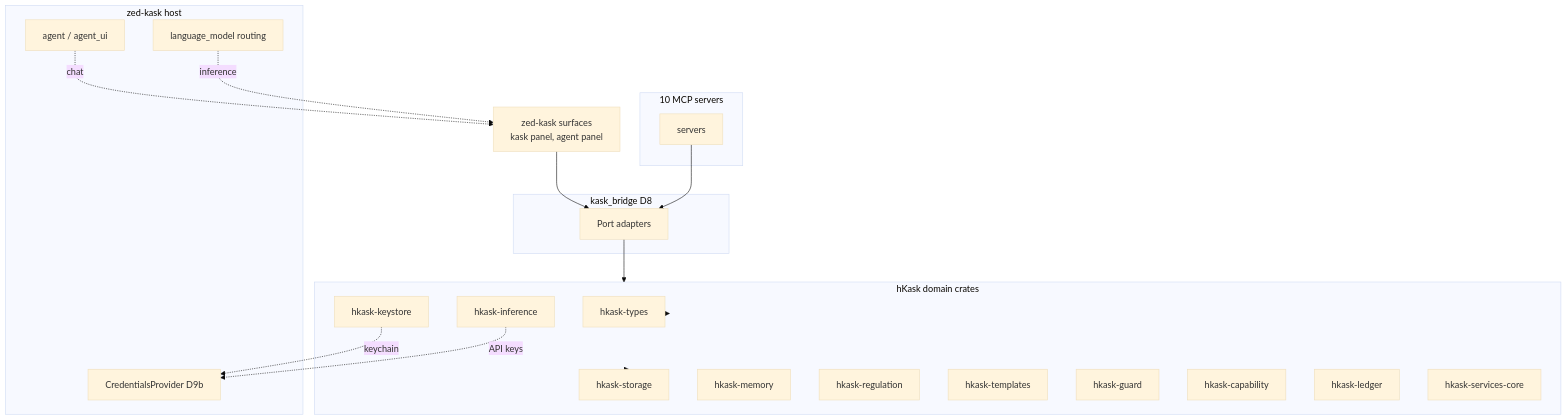
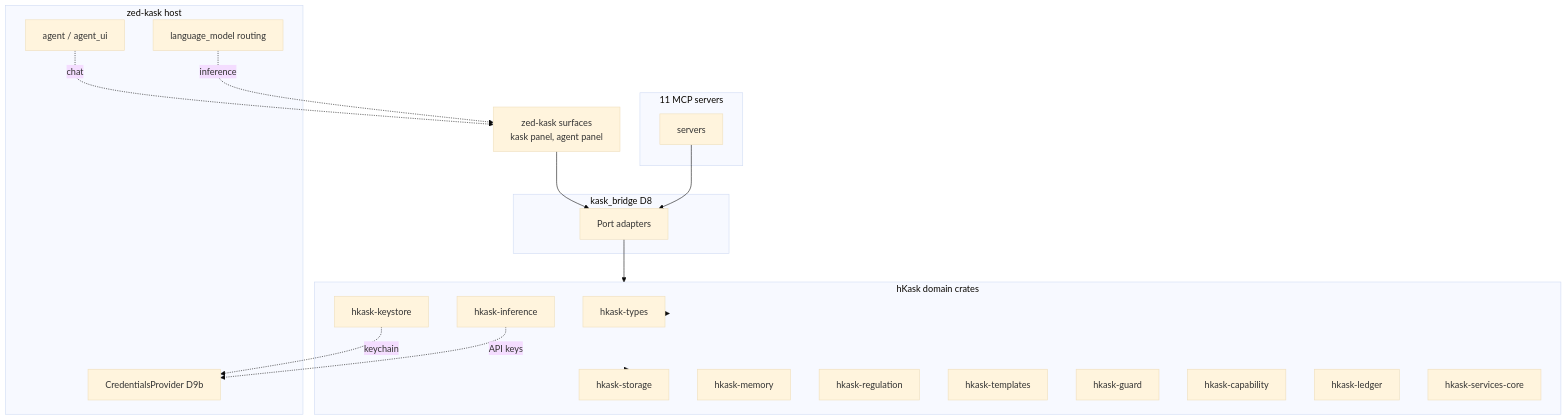
The diagram in kask/docs/architecture/core/MDS.md (mdz-axo/zed-kask), drawn with Mermaid (base theme) before and after one commit. The commit also changed other lines of this file and 10 other files, not shown here.

````diff
--- a/kask/docs/architecture/core/MDS.md
+++ b/kask/docs/architecture/core/MDS.md
@@ -610,38 +610,38 @@
 ```mermaid
 graph TD
     ZEDSURF["zed-kask surfaces<br/>kask panel, agent panel"]
     subgraph BRIDGE["kask_bridge D8"]
         ADAPT["Port adapters"]
     end
-    subgraph MCP["10 MCP servers"]
+    subgraph MCP["11 MCP servers"]
         MSRV[servers]
     end
     subgraph HKASK["hKask domain crates"]
         TYPES[hkask-types]
         STORE[hkask-storage]
         MEM[hkask-memory]
         REG[hkask-regulation]
         TEMPLATES[hkask-templates]
         GUARD[hkask-guard]
         CAP[hkask-capability]
         KS[hkask-keystore]
         LEDGER[hkask-ledger]
         INF[hkask-inference]
         SVCCORE[hkask-services-core]
     end
     subgraph ZED["zed-kask host"]
         CRED[CredentialsProvider D9b]
         LM[language_model routing]
         AGENT[agent / agent_ui]
     end
 
     ZEDSURF --> ADAPT
     MSRV --> ADAPT
     ADAPT --> HKASK
     KS -.->|keychain| CRED
     INF -.->|API keys| CRED
     HKASK --> TYPES
     HKASK --> STORE
     AGENT -.->|chat| ZEDSURF
     LM -.->|inference| ZEDSURF
 ```
````
